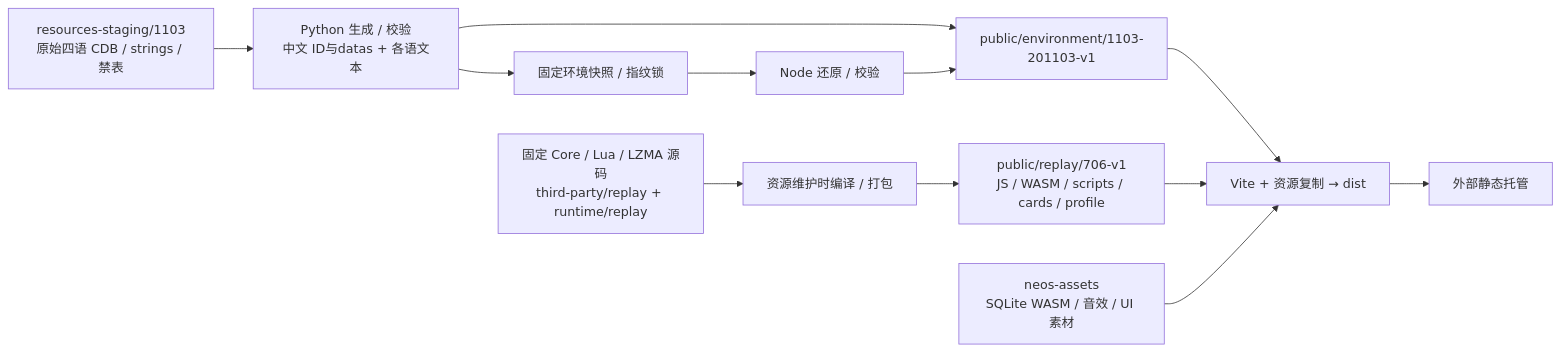
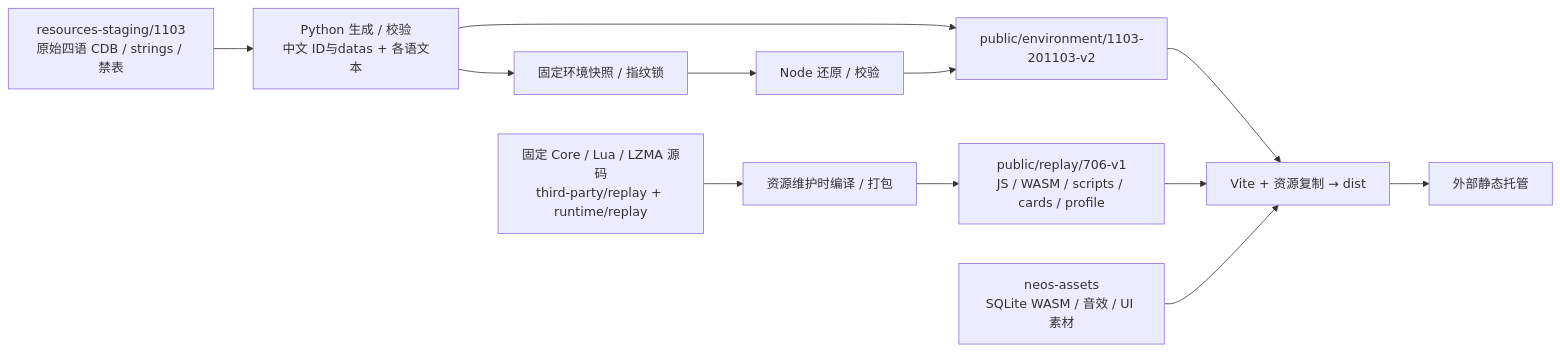
One commit to 301zrg/srvprotiantiweb changed the sixth of 6 diagrams in docs/ARCHITECTURE.md. Above: the diagram before and after it, drawn with Mermaid. The commit also changed other lines of this file and 21 other files, not shown here.

First line of the commit message:
fix: correct Gargoyle Clown text, show names on missing card art / 修正石像怪道化师译文，卡图缺失时显示卡名

````diff
--- a/docs/ARCHITECTURE.md
+++ b/docs/ARCHITECTURE.md
@@ -316,14 +318,14 @@
 ```mermaid
 flowchart LR
   Raw["resources-staging/1103<br/>原始四语 CDB / strings / 禁表"] --> Generate["Python 生成 / 校验<br/>中文 ID与datas + 各语文本"]
   Generate --> Snapshot["固定环境快照 / 指纹锁"]
   Snapshot --> Restore["Node 还原 / 校验"]
-  Generate --> Env["public/environment/1103-201103-v1"]
+  Generate --> Env["public/environment/1103-201103-v2"]
   Restore --> Env
   Native["固定 Core / Lua / LZMA 源码<br/>third-party/replay + runtime/replay"] --> Compile["资源维护时编译 / 打包"]
   Compile --> Replay["public/replay/706-v1<br/>JS / WASM / scripts / cards / profile"]
   Env --> Dist["Vite + 资源复制 → dist"]
   Replay --> Dist
   Neos["neos-assets<br/>SQLite WASM / 音效 / UI 素材"] --> Dist
   Dist --> Host["外部静态托管"]
 ```
````
